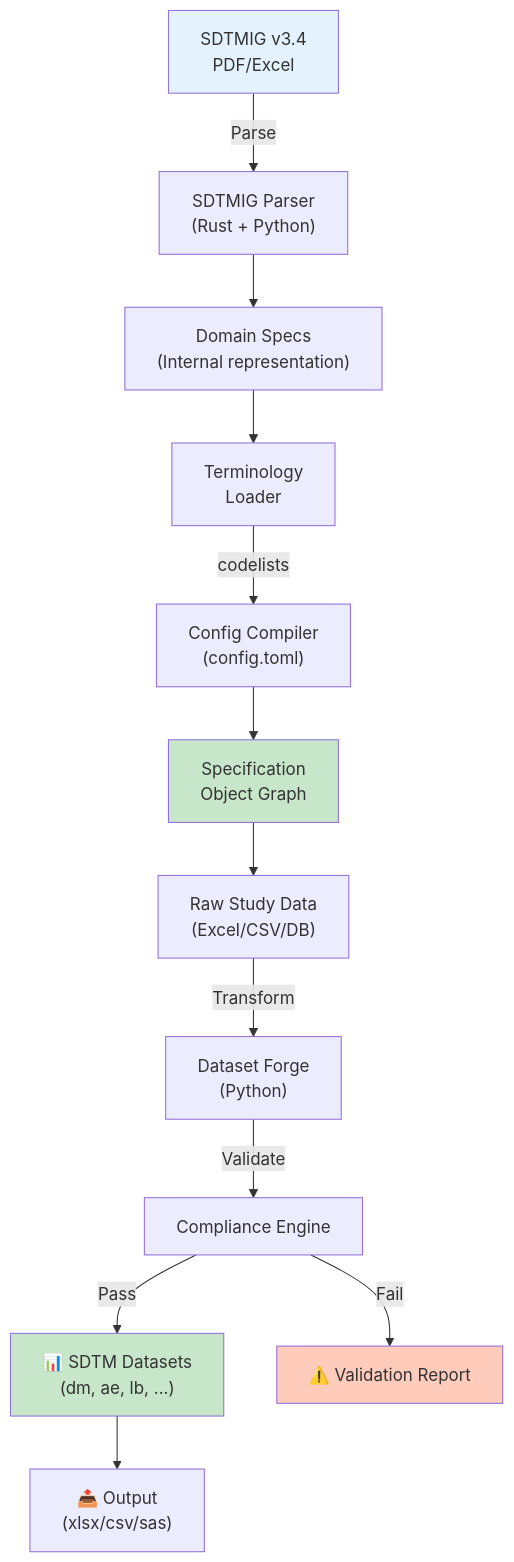
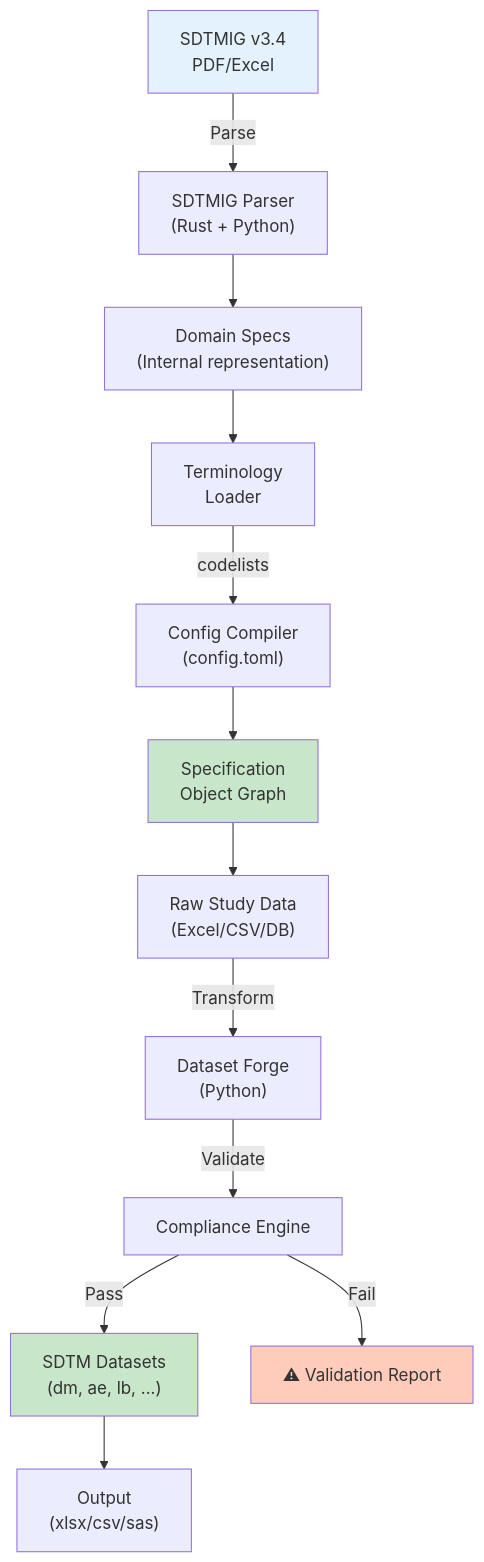
The diagram in README.md (hakupao/sdtm-spec-forge), drawn with Mermaid before and after one commit. The commit also changed other lines of this file and 1 other file, not shown here.

Commit message:
fix: repair README display issues
- Replace broken SVG banners with readme-typing-svg
- Fix language switcher links
- Remove emojis from mermaid diagrams for better rendering
- Add missing screenshot references
- Remove broken image references to non-existent files

````diff
--- a/README.md
+++ b/README.md
@@ -68,23 +60,23 @@
 ```mermaid
 graph TB
-    A["SDTMIG v3.4<br/>PDF/Excel"] -->|Parse| B["SDTMIG Parser<br/>(Rust + Python)"]
-    B --> C["Domain Specs<br/>(Internal representation)"]
-    C --> D["Terminology<br/>Loader"]
+ A["SDTMIG v3.4<br/>PDF/Excel"] -->|Parse| B["SDTMIG Parser<br/>(Rust + Python)"]
+ B --> C["Domain Specs<br/>(Internal representation)"]
+ C --> D["Terminology<br/>Loader"]
 
-    D -->|codelists| E["Config Compiler<br/>(config.toml)"]
-    E --> F["Specification<br/>Object Graph"]
+ D -->|codelists| E["Config Compiler<br/>(config.toml)"]
+ E --> F["Specification<br/>Object Graph"]
 
-    F --> G["Raw Study Data<br/>(Excel/CSV/DB)"]
-    G -->|Transform| H["Dataset Forge<br/>(Python)"]
+ F --> G["Raw Study Data<br/>(Excel/CSV/DB)"]
+ G -->|Transform| H["Dataset Forge<br/>(Python)"]
 
-    H -->|Validate| I["Compliance Engine"]
-    I -->|Pass| J["📊 SDTM Datasets<br/>(dm, ae, lb, ...)"]
-    I -->|Fail| K["⚠️ Validation Report"]
+ H -->|Validate| I["Compliance Engine"]
+ I -->|Pass| J[" SDTM Datasets<br/>(dm, ae, lb, ...)"]
+ I -->|Fail| K["⚠ Validation Report"]
 
-    J --> L["📤 Output<br/>(xlsx/csv/sas)"]
+ J --> L[" Output<br/>(xlsx/csv/sas)"]
 
-    style A fill:#e3f2fd
-    style F fill:#c8e6c9
-    style J fill:#c8e6c9
-    style K fill:#ffccbc
+ style A fill:#e3f2fd
+ style F fill:#c8e6c9
+ style J fill:#c8e6c9
+ style K fill:#ffccbc
 ```
````
